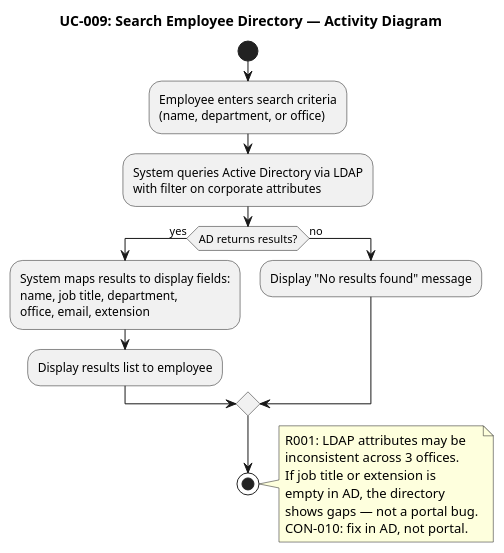
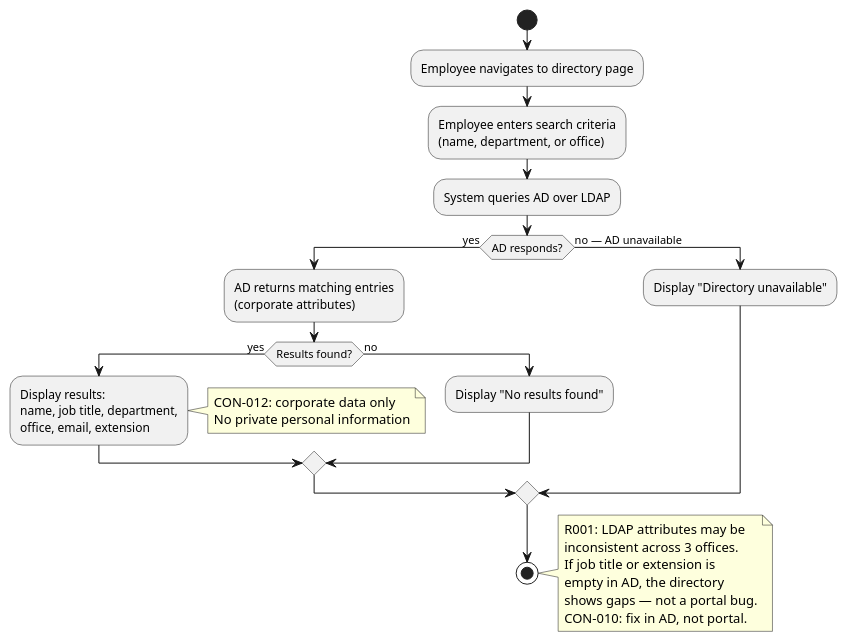
One commit to banense-test/portal-cuba-corp changed the third of 3 diagrams in docs/artifacts/requirements/use-case-model.md. Above: the diagram before and after it, drawn with PlantUML. The commit also changed other lines of this file, not shown here.

First line of the commit message:
System Analyst [I2]: upsert Use-Case Model

````diff
--- a/docs/artifacts/requirements/use-case-model.md
+++ b/docs/artifacts/requirements/use-case-model.md
@@ -322,26 +307,33 @@
 ```plantuml
 @startuml
-title UC-009: Search Employee Directory — Activity Diagram
-
 start
+:Employee navigates to directory page;
 :Employee enters search criteria\n(name, department, or office);
-:System queries Active Directory via LDAP\nwith filter on corporate attributes;
-if (AD returns results?) then (yes)
-  :System maps results to display fields:\nname, job title, department,\noffice, email, extension;
-  :Display results list to employee;
-else (no)
-  :Display "No results found" message;
+:System queries AD over LDAP;
+if (AD responds?) then (yes)
+  :AD returns matching entries\n(corporate attributes);
+  if (Results found?) then (yes)
+    :Display results:\nname, job title, department,\noffice, email, extension;
+    note right
+      CON-012: corporate data only
+      No private personal information
+    end note
+  else (no)
+    :Display "No results found";
+  endif
+else (no — AD unavailable)
+  :Display "Directory unavailable";
 endif
 stop
 
 note right
   R001: LDAP attributes may be
   inconsistent across 3 offices.
   If job title or extension is
   empty in AD, the directory
   shows gaps — not a portal bug.
   CON-010: fix in AD, not portal.
 end note
 
 @enduml
 ```
````
